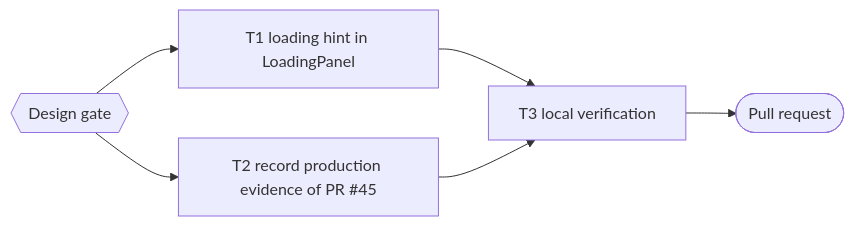
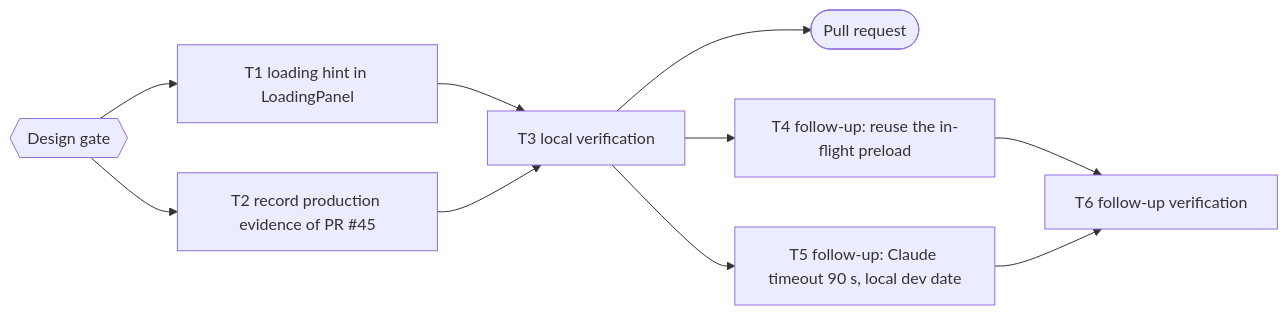
One commit to belajarcarabelajar/time-capsule changed the diagram in docs/code-plan/plans/2026-10-21-story-loading-hint.md. Above: the diagram before and after it, drawn with Mermaid. The commit also changed other lines of this file, not shown here.

Commit message:
docs: add debt-sweep follow-ups to the loading hint plan

````diff
--- a/docs/code-plan/plans/2026-10-21-story-loading-hint.md
+++ b/docs/code-plan/plans/2026-10-21-story-loading-hint.md
@@ -90,10 +140,14 @@
 ```mermaid
 flowchart LR
     accTitle: Story loading hint plan
     accDescr: The loading hint and the production evidence record run independently, then one local verification task gates the pull request.
     G0{{"Design gate"}} --> T1["T1 loading hint in LoadingPanel"]
     G0 --> T2["T2 record production evidence of PR #45"]
     T1 --> T3["T3 local verification"]
     T2 --> T3
     T3 --> PR(["Pull request"])
+    T3 --> T4["T4 follow-up: reuse the in-flight preload"]
+    T3 --> T5["T5 follow-up: Claude timeout 90 s, local dev date"]
+    T4 --> T6["T6 follow-up verification"]
+    T5 --> T6
 ```
````
